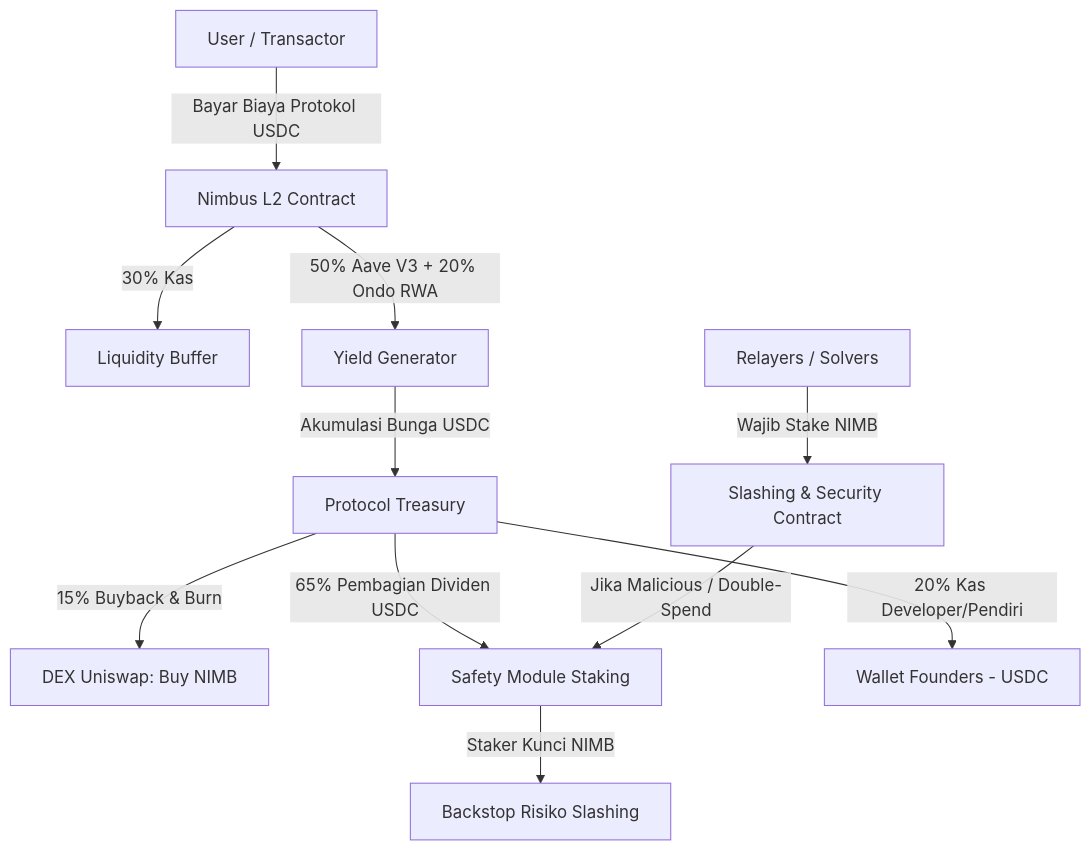
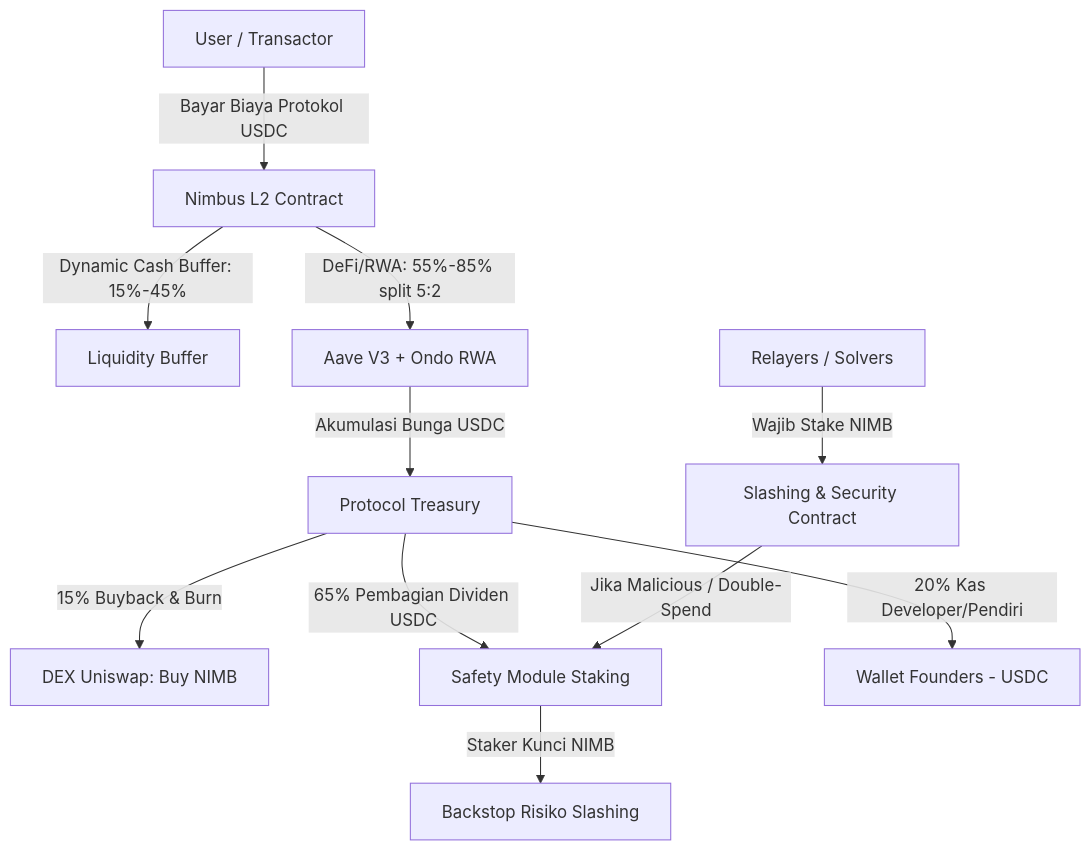
The first of 2 diagrams in docs/tokenomics_design.md (0xReLogic/Zeltra-Protocol), drawn with Mermaid before and after one commit. The commit also changed other lines of this file and 4 other files, not shown here.

First line of the commit message:
docs: align tokenomics & roadmap to Dynamic Vault Model; add Ephemeral Agent Identifiers pathway comments

````diff
--- a/docs/tokenomics_design.md
+++ b/docs/tokenomics_design.md
@@ -17,17 +17,17 @@
 ```mermaid
 flowchart TD
     User[User / Transactor] -->|Bayar Biaya Protokol USDC| Contract[Nimbus L2 Contract]
-    Contract -->|30% Kas | LPBuffer[Liquidity Buffer]
-    Contract -->|50% Aave V3 + 20% Ondo RWA| YieldGen[Yield Generator]
+    Contract -->|Dynamic Cash Buffer: 15%-45%| LPBuffer[Liquidity Buffer]
+    Contract -->|DeFi/RWA: 55%-85% split 5:2| YieldGen[Aave V3 + Ondo RWA]
     
     YieldGen -->|Akumulasi Bunga USDC| Treasury[Protocol Treasury]
     
     Treasury -->|15% Buyback & Burn| DEX[DEX Uniswap: Buy NIMB]
     Treasury -->|65% Pembagian Dividen USDC| SafetyStaking[Safety Module Staking]
     Treasury -->|20% Kas Developer/Pendiri| Founders[Wallet Founders - USDC]
 
     SafetyStaking -->|Staker Kunci NIMB| SecureShield[Backstop Risiko Slashing]
     
     Relayers[Relayers / Solvers] -->|Wajib Stake NIMB| SlashingContract[Slashing & Security Contract]
     SlashingContract -->|Jika Malicious / Double-Spend| SafetyStaking
 ```
````
